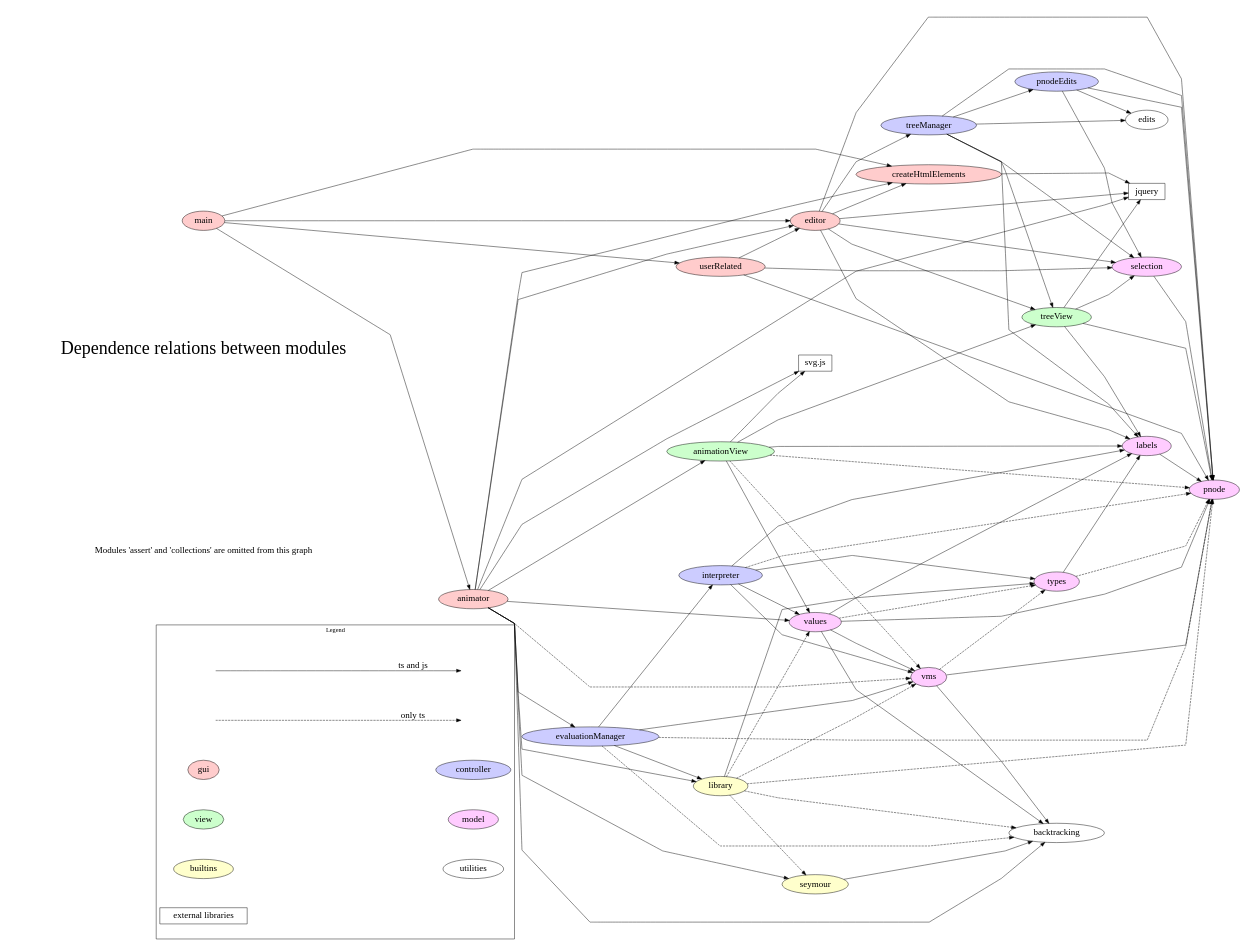
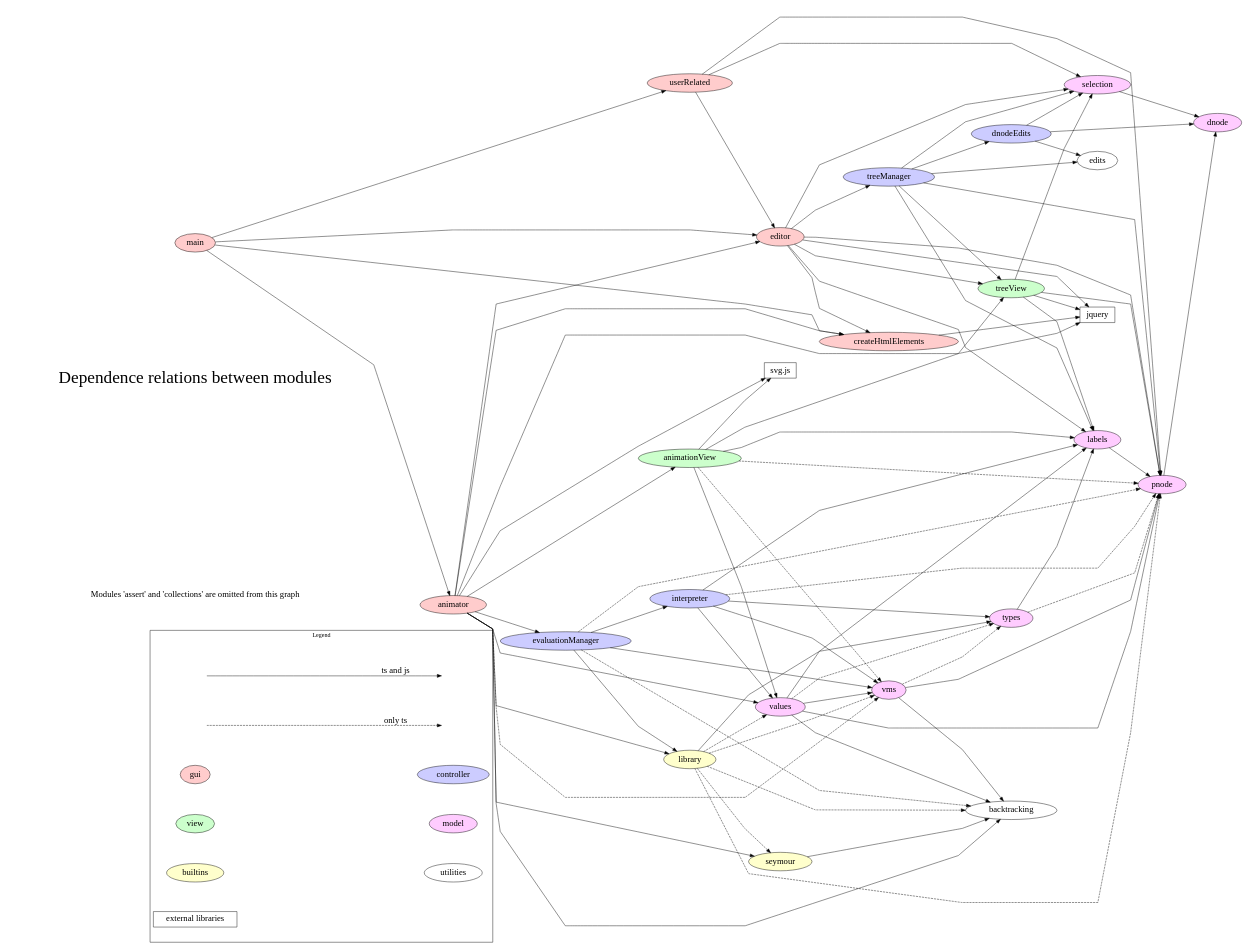
Before and after one commit to theodore-norvell/PLAAY: the diagram in typescriptSrc/dependence.gv, drawn with Graphviz. The commit also changed 11 other files, not shown here.

Commit message:
Split dnode and pnode.  Made selection and dnodeEdits generic.

```diff
--- a/typescriptSrc/dependence.gv
+++ b/typescriptSrc/dependence.gv
@@ -1,160 +1,163 @@
 
 digraph Depends {
     size="9,6.5" ;
     splines="polyline" ;
     nodesep=0.2 ;
     ranksep=0.2 ;
    ratio=fill;
    rankdir = LR ;
    node[fontsize=20];
 
    subgraph cluster1 {
         label = "Legend" ;
         shape=rectangle ;
         color = black ;
         a [style=invis];
         b [style=invis] ;
         c [style=invis] ;
         d [style=invis] ;
         c -> d [label="only ts", style=dashed, fontsize=20] ; 
         a -> b [label="ts and js", fontsize=20] ;
         gui -> controller [style=invis] ;
         view -> model [style=invis] ;
         builtins -> utilities [style=invis] ;
 
         gui [style=filled, fillcolor="#ffcccc"] ;
         controller [style=filled, fillcolor="#ccccff"] ;
         view [style=filled, fillcolor="#ccffcc"] ;
         model [style=filled, fillcolor="#ffccff"] ;
         builtins [style=filled, fillcolor="#ffffcc"] ;
         utilities ;
         "external libraries" [shape=rectangle] ;
     }
 
    utils [label="Modules 'assert' and 'collections' are omitted from this graph",
               shape=none] ;
    caption [ label="Dependence relations between modules", fontsize=40,
               shape=none] ;
 
     main [style=filled, fillcolor="#ffcccc"] ;
     editor [style=filled, fillcolor="#ffcccc"] ;
     animator [style=filled, fillcolor="#ffcccc"] ;
     createHtmlElements [style=filled, fillcolor="#ffcccc"] ;
     userRelated [style=filled, fillcolor="#ffcccc" ] ;
     
     evaluationManager [style=filled, fillcolor="#ccccff"] ;
     interpreter [style=filled, fillcolor="#ccccff"] ;
     treeManager [style=filled, fillcolor="#ccccff"] ;
-    pnodeEdits [style=filled, fillcolor="#ccccff"] ;
+    dnodeEdits [style=filled, fillcolor="#ccccff"] ;
     
     treeView [style=filled, fillcolor="#ccffcc"] ;
     animationView [style=filled, fillcolor="#ccffcc"] ;
 
     vms [style=filled, fillcolor="#ffccff"] ;
     values [style=filled, fillcolor="#ffccff"] ;
     types [style=filled, fillcolor="#ffccff"] ;
     labels [style=filled, fillcolor="#ffccff"] ;
     selection [style=filled, fillcolor="#ffccff"] ;
     pnode [style=filled, fillcolor="#ffccff"] ;
+    dnode [style=filled, fillcolor="#ffccff"] ;
 
     library [style=filled, fillcolor="#ffffcc"] ;
     seymour [style=filled, fillcolor="#ffffcc"] ;
     
    animator -> animationView  ;
    animator -> backtracking ;
    animator -> createHtmlElements ;
    animator -> editor ;
    animator -> evaluationManager ;
    animator -> seymour ;
    animator -> values ;
    animator -> library ;
    animator -> vms [style=dashed] ;
    animator -> svg ;
    animator -> jquery ;
 
    animationView -> labels ;
    animationView -> pnode [style=dashed] ;
    animationView -> treeView ;
    animationView -> values ;
    animationView -> vms [style=dashed];
    animationView -> svg ;
    
    createHtmlElements -> jquery ;
 
    editor -> createHtmlElements ;
    editor -> labels ;
    editor -> pnode  ;
    editor -> selection ;
    editor -> treeView ;
    editor -> treeManager ;
    editor -> jquery ;
 
    evaluationManager -> backtracking  [style=dashed];
    evaluationManager -> interpreter ;
    evaluationManager -> pnode  [style=dashed];
    evaluationManager -> vms ;
    evaluationManager -> library ;
 
    interpreter -> labels ;
    interpreter -> pnode  [style=dashed];
    interpreter -> types ;
    interpreter -> values ;
    interpreter -> vms ;
 
    jquery [shape=rectangle]
     
    labels -> pnode ;
 
    main -> animator ;
    main -> createHtmlElements ;
    main -> editor ;
    main -> userRelated ;
 
-   pnodeEdits -> edits ;
-   pnodeEdits -> pnode ;
-   pnodeEdits -> selection ;
+   pnode -> dnode ;
+
+   dnodeEdits -> edits ;
+   dnodeEdits -> dnode ;
+   dnodeEdits -> selection ;
    
    types -> pnode [style=dashed];
    types -> labels ;
 
-   selection -> pnode ;
+   selection -> dnode ;
 
    seymour -> backtracking ;
 
    treeView -> labels ;
    treeView -> pnode ;
    treeView -> selection ;
    treeView -> jquery ;
 
    svg [label="svg.js", shape=rectangle] ;
 
    treeManager -> edits ;
    treeManager -> labels ;
    treeManager -> pnode ;
-   treeManager -> pnodeEdits ;
+   treeManager -> dnodeEdits ;
    treeManager -> selection ;
    treeManager -> treeView ;
 
    userRelated -> editor ;
    userRelated -> selection ;
    userRelated -> pnode ;
    
    values -> backtracking ;
    values -> labels ;
    values -> pnode ;
    values -> types  [style=dashed];
    values -> vms ;
 
    
    vms -> backtracking
    vms -> pnode ;
    vms -> types  [style=dashed];
 
    library -> backtracking  [style=dashed];
    library -> pnode  [style=dashed];
    library -> seymour  [style=dashed];
    library -> types ;
    library -> values  [style=dashed];
    library -> vms  [style=dashed];
    
 }
```
